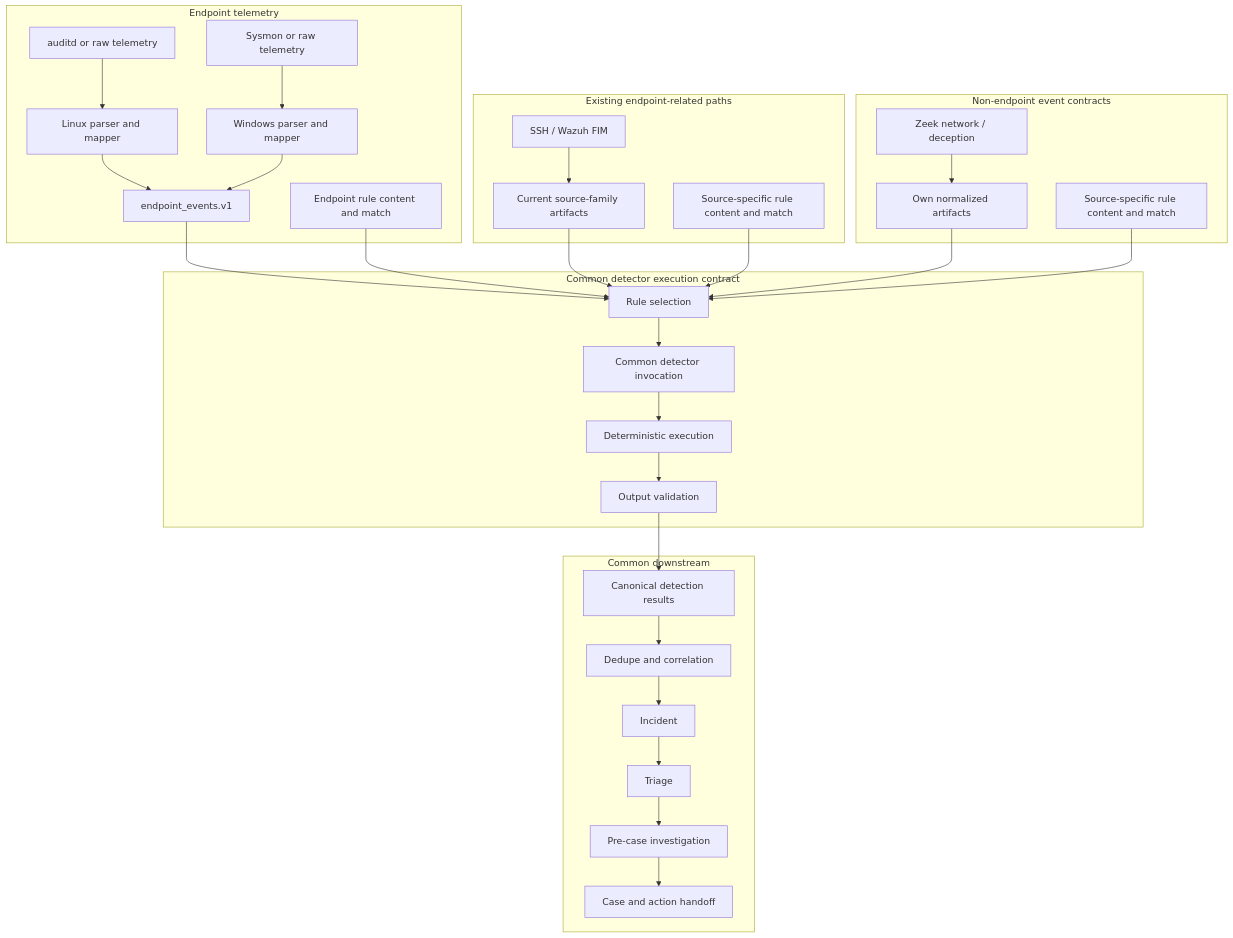
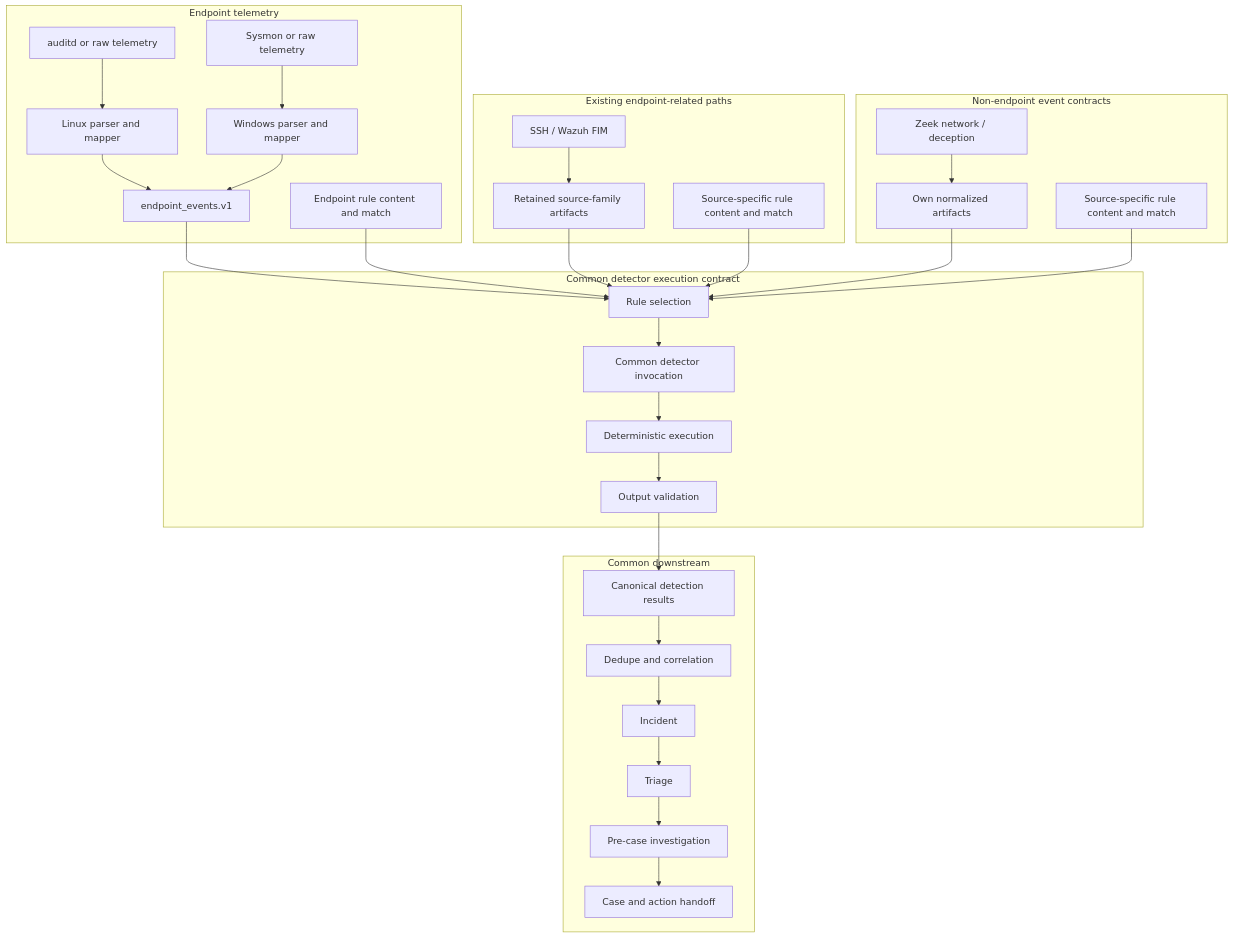
One commit to jpsuper/intelligent-soc-lab-portfolio changed the third of 4 diagrams in docs/architecture/defender-event-processing-flow.md. Above: the diagram before and after it, drawn with Mermaid. The commit also changed other lines of this file and 184 other files, not shown here.

````diff
--- a/docs/architecture/defender-event-processing-flow.md
+++ b/docs/architecture/defender-event-processing-flow.md
@@ -387,60 +316,60 @@
 ```mermaid
 flowchart TD
     subgraph Endpoint[Endpoint telemetry]
         LA[auditd or raw telemetry]
         LP[Linux parser and mapper]
         WA[Sysmon or raw telemetry]
         WP[Windows parser and mapper]
         E[endpoint_events.v1]
         ER[Endpoint rule content and match]
 
         LA --> LP
         WA --> WP
         LP --> E
         WP --> E
     end
 
     subgraph Existing[Existing endpoint-related paths]
         ES[SSH / Wazuh FIM]
-        EA[Current source-family artifacts]
+        EA[Retained source-family artifacts]
         EL[Source-specific rule content and match]
 
         ES --> EA
     end
 
     subgraph Other[Non-endpoint event contracts]
         OS[Zeek network / deception]
         OA[Own normalized artifacts]
         OL[Source-specific rule content and match]
 
         OS --> OA
     end
 
     subgraph Detector[Common detector execution contract]
         RS[Rule selection]
         DI[Common detector invocation]
         DE[Deterministic execution]
         OV[Output validation]
 
         RS --> DI
         DI --> DE
         DE --> OV
     end
 
     subgraph Common[Common downstream]
         R[Canonical detection results]
         R --> DC[Dedupe and correlation]
         DC --> I[Incident]
         I --> T[Triage]
         T --> V[Pre-case investigation]
         V --> C[Case and action handoff]
     end
 
     E --> RS
     ER --> RS
     EA --> RS
     EL --> RS
     OA --> RS
     OL --> RS
     OV --> R
 ```
````
